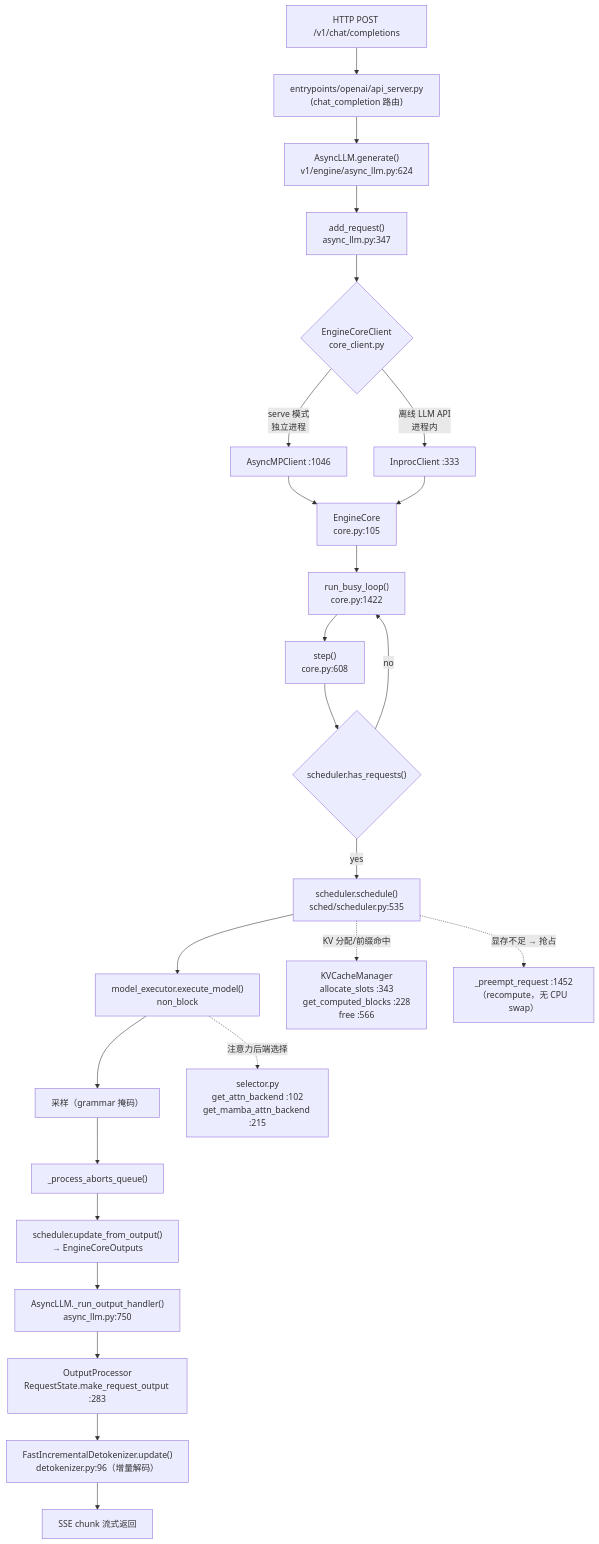
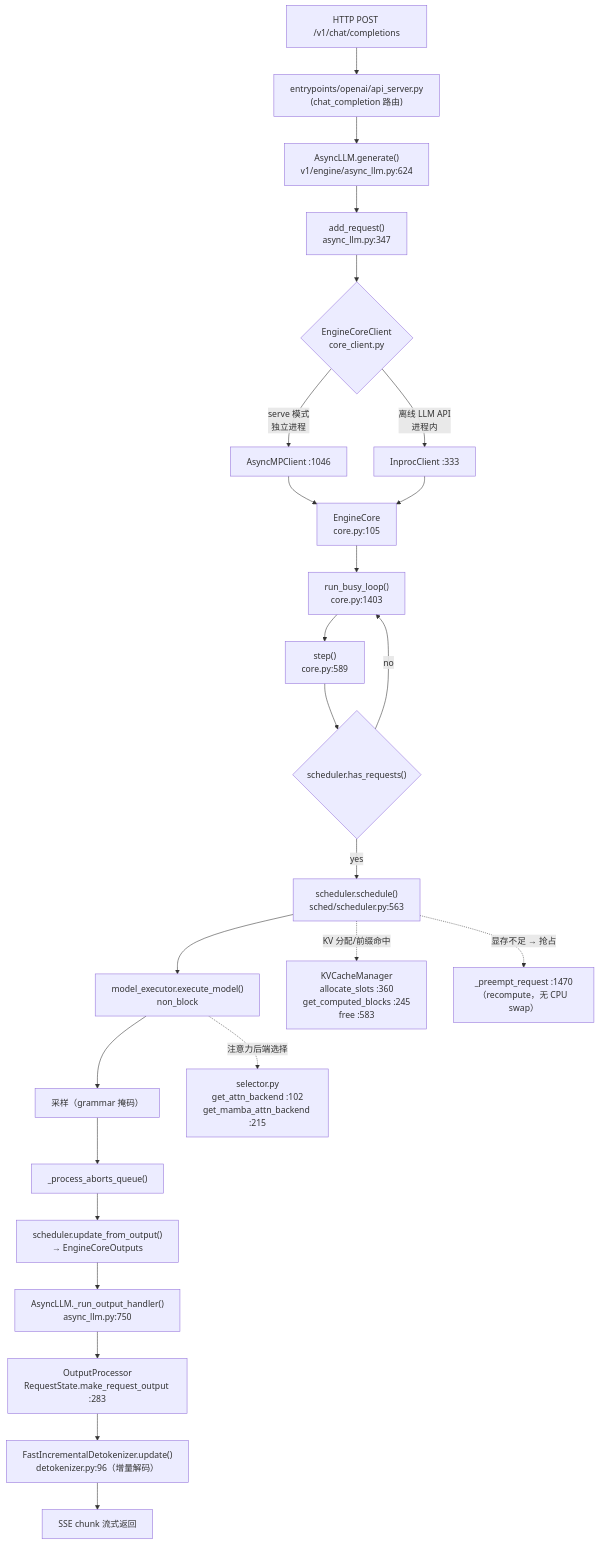
Before and after one commit to Lebhoryi/vllm-sglang-learning: the diagram in docs/01C-生命周期参考图.md, drawn with Mermaid. The commit also changed other lines of this file and 4 other files, not shown here.

````diff
--- a/docs/01C-生命周期参考图.md
+++ b/docs/01C-生命周期参考图.md
@@ -8,28 +8,28 @@
 ```mermaid
 flowchart TD
     A["HTTP POST /v1/chat/completions"] --> B["entrypoints/openai/api_server.py<br/>(chat_completion 路由)"]
     B --> C["AsyncLLM.generate()<br/>v1/engine/async_llm.py:624"]
     C --> D["add_request()<br/>async_llm.py:347"]
     D --> E{"EngineCoreClient<br/>core_client.py"}
     E -->|"serve 模式<br/>独立进程"| F["AsyncMPClient :1046"]
     E -->|"离线 LLM API<br/>进程内"| G["InprocClient :333"]
     F --> H["EngineCore<br/>core.py:105"]
     G --> H
-    H --> I["run_busy_loop()<br/>core.py:1422"]
-    I --> J["step()<br/>core.py:608"]
+    H --> I["run_busy_loop()<br/>core.py:1403"]
+    I --> J["step()<br/>core.py:589"]
     J --> K{"scheduler.has_requests()"}
     K -->|no| I
-    K -->|yes| L["scheduler.schedule()<br/>sched/scheduler.py:535"]
+    K -->|yes| L["scheduler.schedule()<br/>sched/scheduler.py:563"]
     L --> M["model_executor.execute_model()<br/>non_block"]
     M --> N["采样（grammar 掩码）"]
     N --> O["_process_aborts_queue()"]
     O --> P["scheduler.update_from_output()<br/>→ EngineCoreOutputs"]
     P --> Q["AsyncLLM._run_output_handler()<br/>async_llm.py:750"]
     Q --> R["OutputProcessor<br/>RequestState.make_request_output :283"]
     R --> S["FastIncrementalDetokenizer.update()<br/>detokenizer.py:96（增量解码）"]
     S --> T["SSE chunk 流式返回"]
 
-    L -. "KV 分配/前缀命中" .-> U["KVCacheManager<br/>allocate_slots :343<br/>get_computed_blocks :228<br/>free :566"]
-    L -. "显存不足 → 抢占" .-> V["_preempt_request :1452<br/>（recompute，无 CPU swap）"]
+    L -. "KV 分配/前缀命中" .-> U["KVCacheManager<br/>allocate_slots :360<br/>get_computed_blocks :245<br/>free :583"]
+    L -. "显存不足 → 抢占" .-> V["_preempt_request :1470<br/>（recompute，无 CPU swap）"]
     M -. "注意力后端选择" .-> W["selector.py<br/>get_attn_backend :102<br/>get_mamba_attn_backend :215"]
 ```
````
